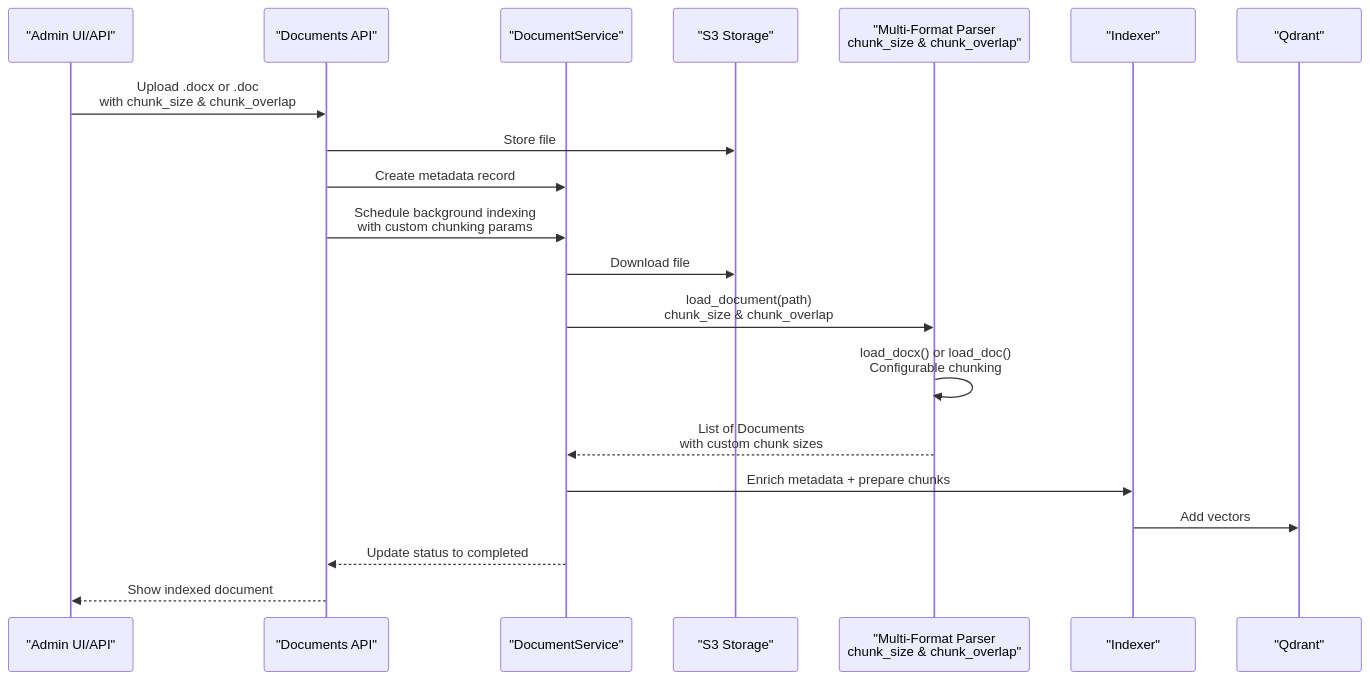
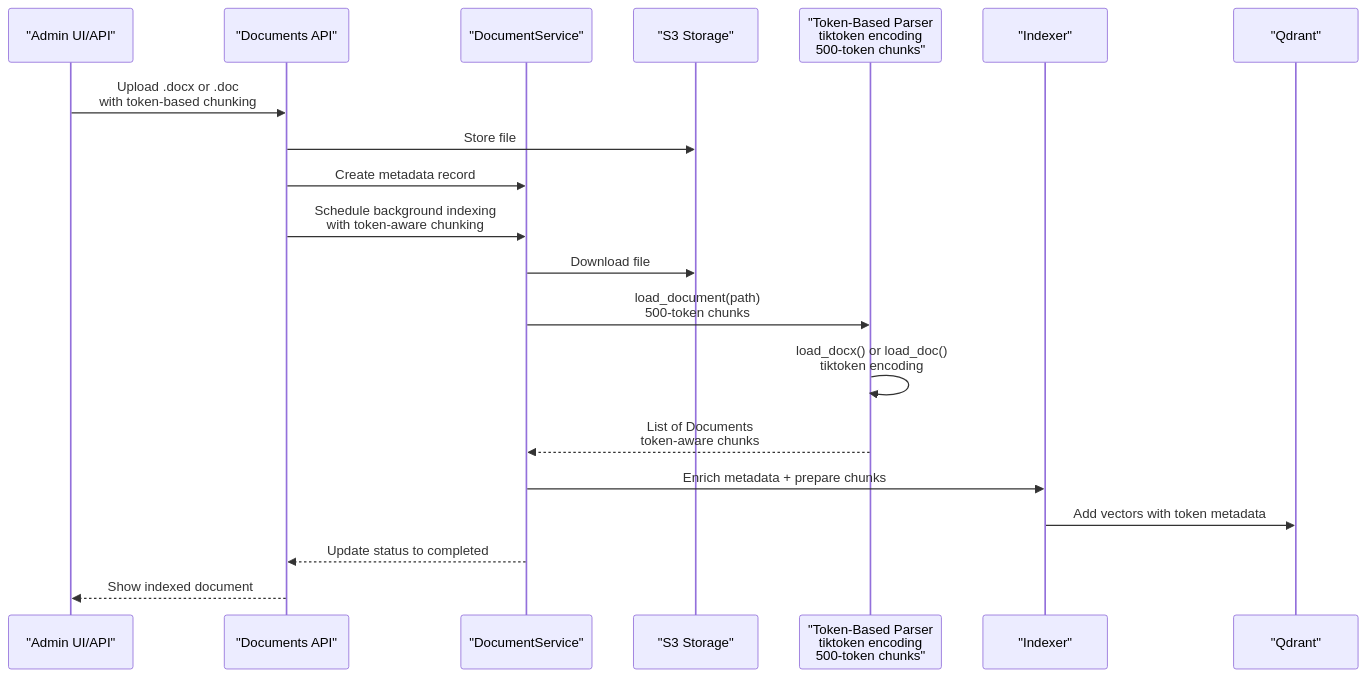
The second of 13 diagrams in .qoder/repowiki/en/content/RAG Integration/RAG Parser Enhancement.md (ognelis/cafetera_hr_bot), drawn with Mermaid before and after one commit. The commit also changed other lines of this file and 8 other files, not shown here.

````diff
--- a/.qoder/repowiki/en/content/RAG Integration/RAG Parser Enhancement.md
+++ b/.qoder/repowiki/en/content/RAG Integration/RAG Parser Enhancement.md
@@ -167,22 +164,22 @@
 ```mermaid
 sequenceDiagram
 participant Admin as "Admin UI/API"
 participant API as "Documents API"
 participant Service as "DocumentService"
 participant S3 as "S3 Storage"
-participant Parser as "Multi-Format Parser<br/>chunk_size & chunk_overlap"
+participant Parser as "Token-Based Parser<br/>tiktoken encoding<br/>500-token chunks"
 participant Indexer as "Indexer"
 participant Qdrant as "Qdrant"
-Admin->>API : Upload .docx or .doc<br/>with chunk_size & chunk_overlap
+Admin->>API : Upload .docx or .doc<br/>with token-based chunking
 API->>S3 : Store file
 API->>Service : Create metadata record
-API->>Service : Schedule background indexing<br/>with custom chunking params
+API->>Service : Schedule background indexing<br/>with token-aware chunking
 Service->>S3 : Download file
-Service->>Parser : load_document(path)<br/>chunk_size & chunk_overlap
-Parser->>Parser : load_docx() or load_doc()<br/>Configurable chunking
-Parser-->>Service : List of Documents<br/>with custom chunk sizes
+Service->>Parser : load_document(path)<br/>500-token chunks
+Parser->>Parser : load_docx() or load_doc()<br/>tiktoken encoding
+Parser-->>Service : List of Documents<br/>token-aware chunks
 Service->>Indexer : Enrich metadata + prepare chunks
-Indexer->>Qdrant : Add vectors
+Indexer->>Qdrant : Add vectors with token metadata
 Service-->>API : Update status to completed
 API-->>Admin : Show indexed document
 ```
````
